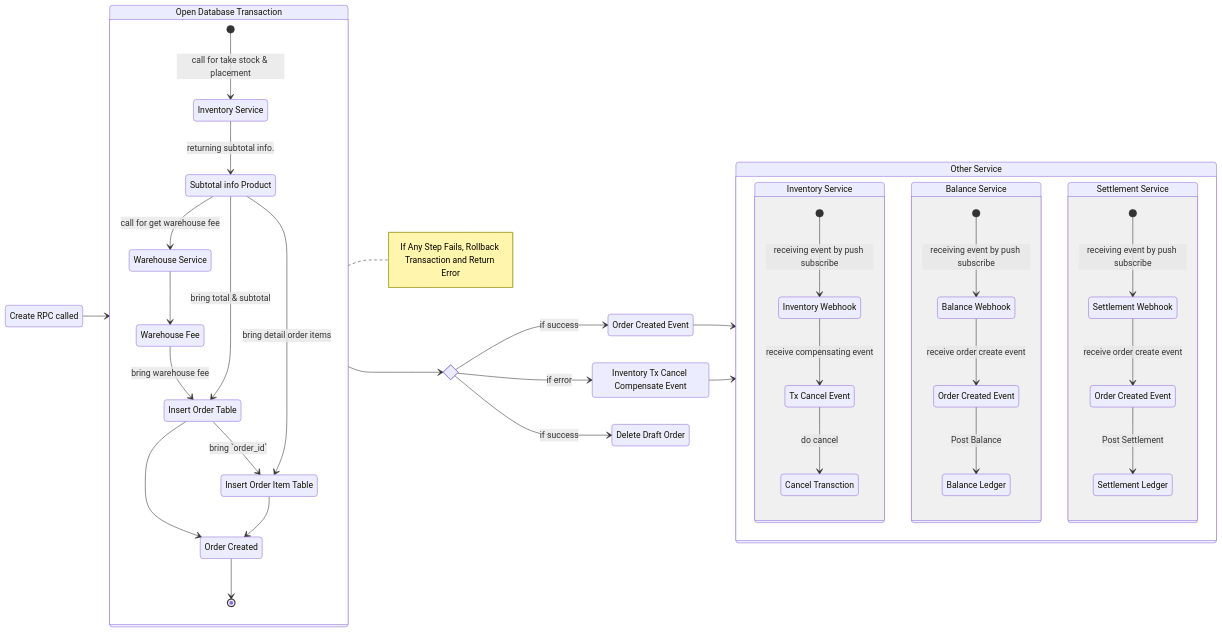
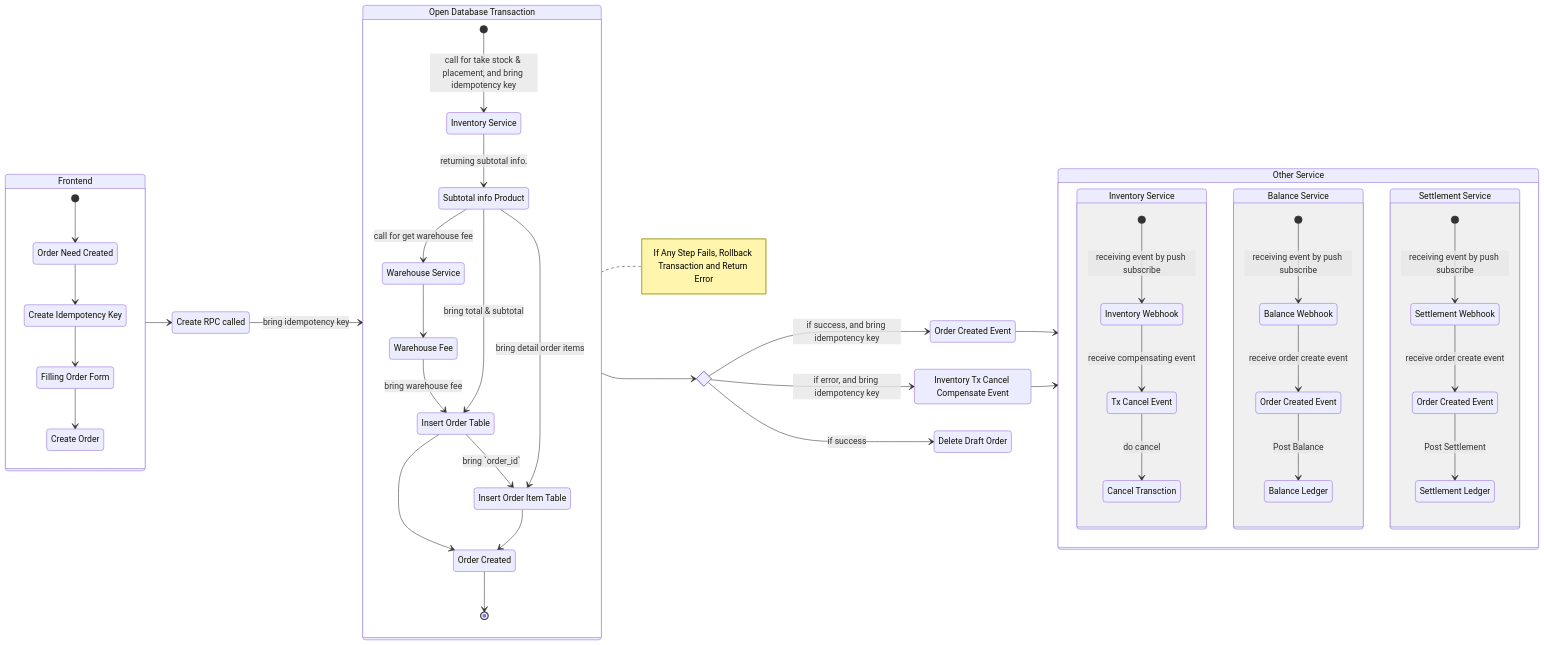
The diagram in docs/business/order/order_creation.md (pdcgo/warehouse_revamp), drawn with Mermaid before and after one commit. The commit also changed 4 other files, not shown here.

Commit message:
idempotency key

````diff
--- a/docs/business/order/order_creation.md
+++ b/docs/business/order/order_creation.md
@@ -3,10 +3,26 @@
 ```mermaid
 stateDiagram-v2
 direction LR
+
+fe: Frontend
+state fe{
+    state "Order Need Created" as needc
+    state "Create Idempotency Key" as idem
+    state "Filling Order Form" as fill
+    state "Create Order" as cre
+
+    [*]-->needc
+    needc-->idem
+    idem-->fill
+    fill-->cre
+}
+
+fe-->rpc
+
 state "Create RPC called" as rpc
 state create_err <<choice>>
 
-rpc-->tx
+rpc-->tx: bring idempotency key
 
 tx: Open Database Transaction
 
@@ -28,7 +44,7 @@
     state "Inventory Service" as inv
     state "Warehouse Service" as wh
 
-    [*]-->inv: call for take stock & placement 
+    [*]-->inv: call for take stock & placement, and bring idempotency key
     inv-->sub: returning subtotal info.
     sub-->wh: call for get warehouse fee
     
@@ -90,9 +106,9 @@
 state "Inventory Tx Cancel Compensate Event" as cominvevt
 state "Delete Draft Order" as draft
 
-create_err-->createdevt: if success
+create_err-->createdevt: if success, and bring idempotency key
 create_err-->draft: if success
-create_err-->cominvevt: if error
+create_err-->cominvevt: if error, and bring idempotency key
 createdevt-->srv
 cominvevt-->srv
 
````
